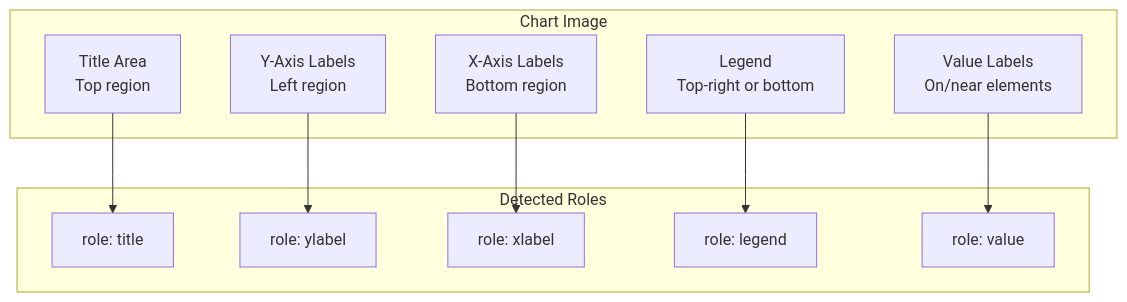
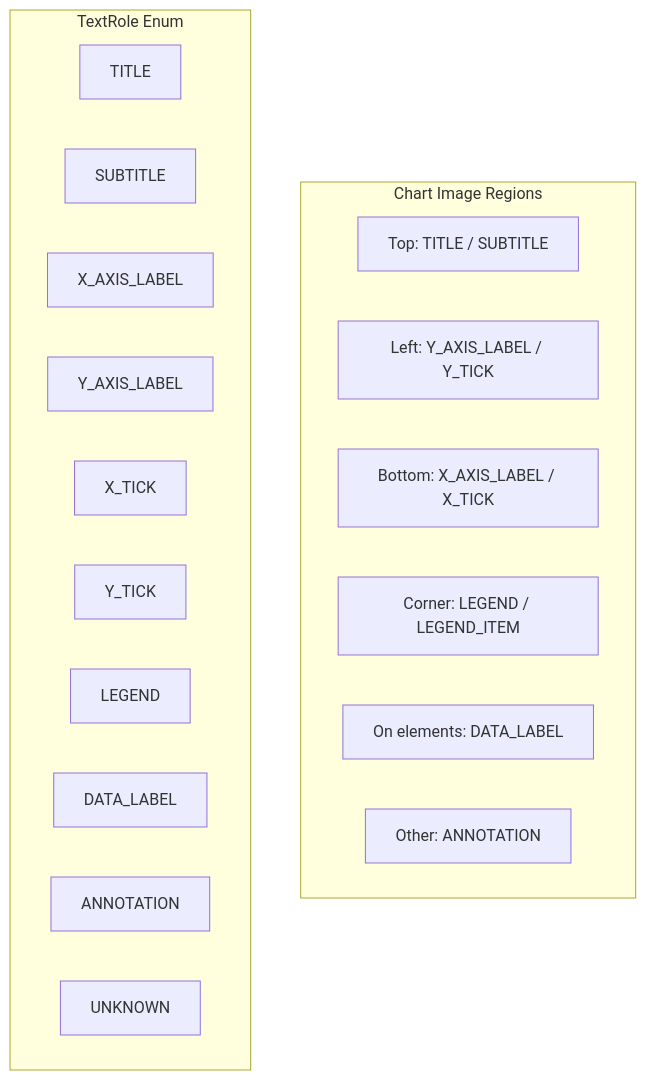
One commit to thatlq1812/chart_analysis_ai_v3 changed the sixth of 11 diagrams in docs/architecture/PIPELINE_FLOW.md. Above: the diagram before and after it, drawn with Mermaid. The commit also changed other lines of this file and 20 other files, not shown here.

````diff
--- a/docs/architecture/PIPELINE_FLOW.md
+++ b/docs/architecture/PIPELINE_FLOW.md
@@ -283,24 +321,24 @@
 ```mermaid
 flowchart TB
-    subgraph Chart["Chart Image"]
-        A[Title Area\nTop region]
-        B[Y-Axis Labels\nLeft region]
-        C[X-Axis Labels\nBottom region]
-        D[Legend\nTop-right or bottom]
-        E[Value Labels\nOn/near elements]
+    subgraph Chart["Chart Image Regions"]
+        A[Top: TITLE / SUBTITLE]
+        B[Left: Y_AXIS_LABEL / Y_TICK]
+        C[Bottom: X_AXIS_LABEL / X_TICK]
+        D[Corner: LEGEND / LEGEND_ITEM]
+        E[On elements: DATA_LABEL]
+        F[Other: ANNOTATION]
     end
-    
-    subgraph Roles["Detected Roles"]
-        R1[role: title]
-        R2[role: ylabel]
-        R3[role: xlabel]
-        R4[role: legend]
-        R5[role: value]
+
+    subgraph Roles["TextRole Enum"]
+        R1[TITLE]
+        R2[SUBTITLE]
+        R3[X_AXIS_LABEL]
+        R4[Y_AXIS_LABEL]
+        R5[X_TICK]
+        R6[Y_TICK]
+        R7[LEGEND]
+        R8[DATA_LABEL]
+        R9[ANNOTATION]
+        R10[UNKNOWN]
     end
-    
-    A --> R1
-    B --> R2
-    C --> R3
-    D --> R4
-    E --> R5
 ```
````
